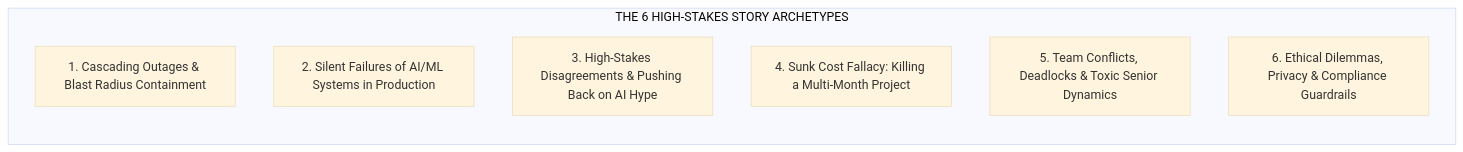
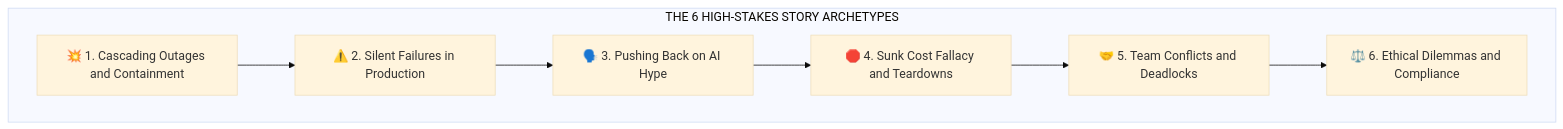
The diagram in interview/high-stakes-behavioral-and-scenario-guide.md (dip4k/senior-engineer-to-ai-engineer-roadmap), drawn with Mermaid (base theme) before and after one commit. The commit also changed 94 other files, not shown here.

Commit message:
refactor(curriculum): complete Phase 04 upgrade and enforce diagram renderer invariants

````diff
--- a/interview/high-stakes-behavioral-and-scenario-guide.md
+++ b/interview/high-stakes-behavioral-and-scenario-guide.md
@@ -22,12 +22,12 @@
 ```mermaid
 flowchart TD
     subgraph SixArchetypes["THE 6 HIGH-STAKES STORY ARCHETYPES"]
-        direction TB
-        A1["1. Cascading Outages & Blast Radius Containment"]
-        A2["2. Silent Failures of AI/ML Systems in Production"]
-        A3["3. High-Stakes Disagreements & Pushing Back on AI Hype"]
-        A4["4. Sunk Cost Fallacy: Killing a Multi-Month Project"]
-        A5["5. Team Conflicts, Deadlocks & Toxic Senior Dynamics"]
-        A6["6. Ethical Dilemmas, Privacy & Compliance Guardrails"]
+        A1["💥 1. Cascading Outages and Containment"]
+        A2["⚠️ 2. Silent Failures in Production"]
+        A3["🗣️ 3. Pushing Back on AI Hype"]
+        A4["🛑 4. Sunk Cost Fallacy and Teardowns"]
+        A5["🤝 5. Team Conflicts and Deadlocks"]
+        A6["⚖️ 6. Ethical Dilemmas and Compliance"]
+        A1 --> A2 --> A3 --> A4 --> A5 --> A6
     end
 ```
````
